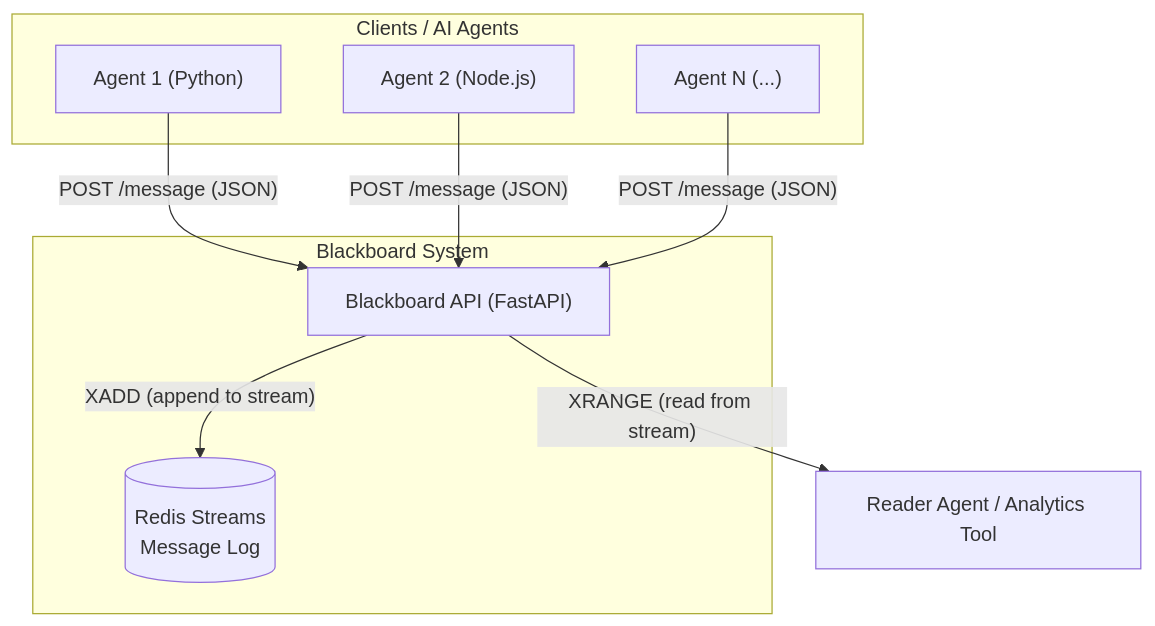
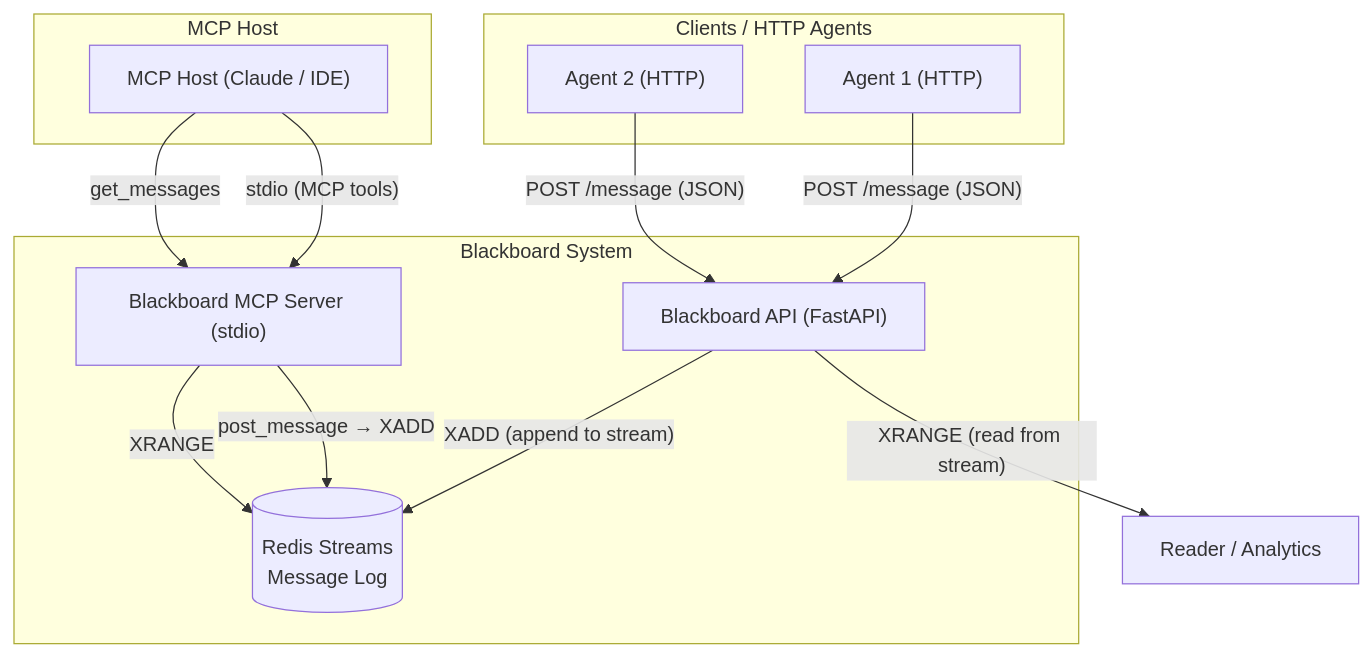
The diagram in README.md (himccoder/BlackboardMCP), drawn with Mermaid before and after one commit. The commit also changed other lines of this file and 2 other files, not shown here.

Commit message:
MCP blackboard server added

````diff
--- a/README.md
+++ b/README.md
@@ -11,20 +11,27 @@
 ```mermaid
 graph TD;
-    subgraph "Clients / AI Agents"
-        Agent1["Agent 1 (Python)"]
-        Agent2["Agent 2 (Node.js)"]
-        AgentN["Agent N (...)"]
+    subgraph "Clients / HTTP Agents"
+        Agent1["Agent 1 (HTTP)"]
+        Agent2["Agent 2 (HTTP)"]
+    end
+
+    subgraph "MCP Host"
+        Host["MCP Host (Claude / IDE)"]
     end
 
     subgraph "Blackboard System"
         API["Blackboard API (FastAPI)"]
+        MCP["Blackboard MCP Server (stdio)"]
         DB[(Redis Streams<br/>Message Log)]
     end
 
     Agent1 -- "POST /message (JSON)" --> API;
     Agent2 -- "POST /message (JSON)" --> API;
-    AgentN -- "POST /message (JSON)" --> API;
+    API -- "XADD (append to stream)" --> DB;
+    API -- "XRANGE (read from stream)" --> ReaderAgent["Reader / Analytics"];
 
-    API -- "XADD (append to stream)" --> DB;
-    API -- "XRANGE (read from stream)" --> ReaderAgent["Reader Agent / Analytics Tool"];
+    Host -- "stdio (MCP tools)" --> MCP;
+    Host -- "get_messages" --> MCP;
+    MCP -- "post_message → XADD" --> DB;
+    MCP -- "XRANGE" --> DB;
 ```
````
